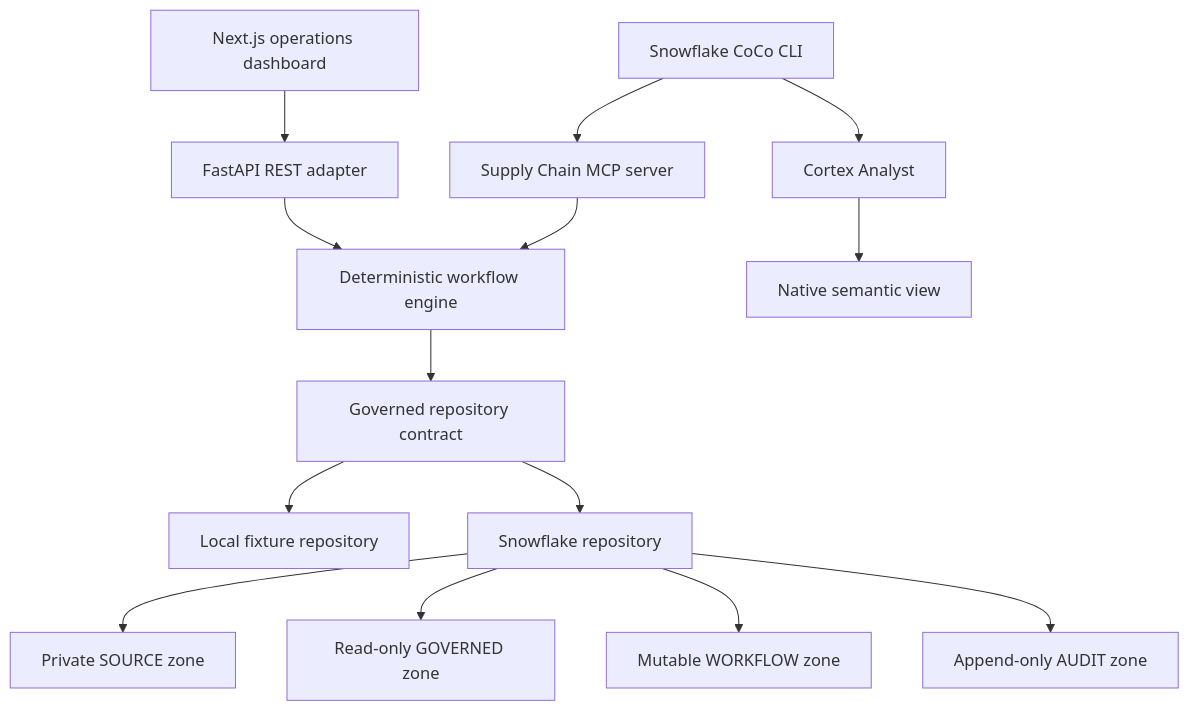
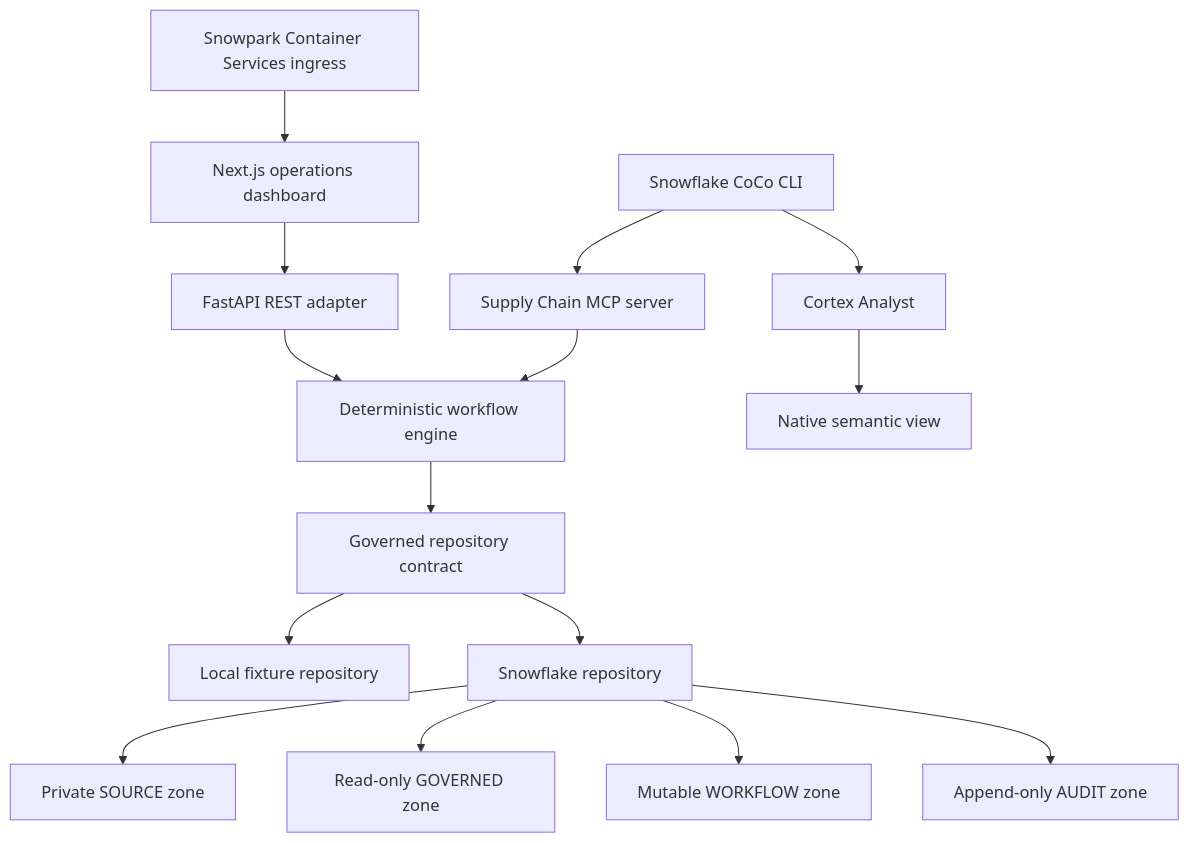
Before and after one commit to sunnyshin8/SupplyChain-Trust-Graph: the second of 2 diagrams in README.md, drawn with Mermaid. The commit also changed other lines of this file and 41 other files, not shown here.

````diff
--- a/README.md
+++ b/README.md
@@ -64,16 +66,17 @@
 ```mermaid
 flowchart TB
     UI[Next.js operations dashboard] --> API[FastAPI REST adapter]
+    SPCS[Snowpark Container Services ingress] --> UI
     COCO[Snowflake CoCo CLI] --> MCP[Supply Chain MCP server]
     COCO --> ANALYST[Cortex Analyst]
     API --> ENGINE[Deterministic workflow engine]
     MCP --> ENGINE
     ANALYST --> SEMANTIC[Native semantic view]
     ENGINE --> REPO[Governed repository contract]
     REPO --> FIXTURE[Local fixture repository]
     REPO --> SNOW[Snowflake repository]
     SNOW --> SOURCE[Private SOURCE zone]
     SNOW --> GOVERNED[Read-only GOVERNED zone]
     SNOW --> WORKFLOW[Mutable WORKFLOW zone]
     SNOW --> AUDIT[Append-only AUDIT zone]
 ```
````
